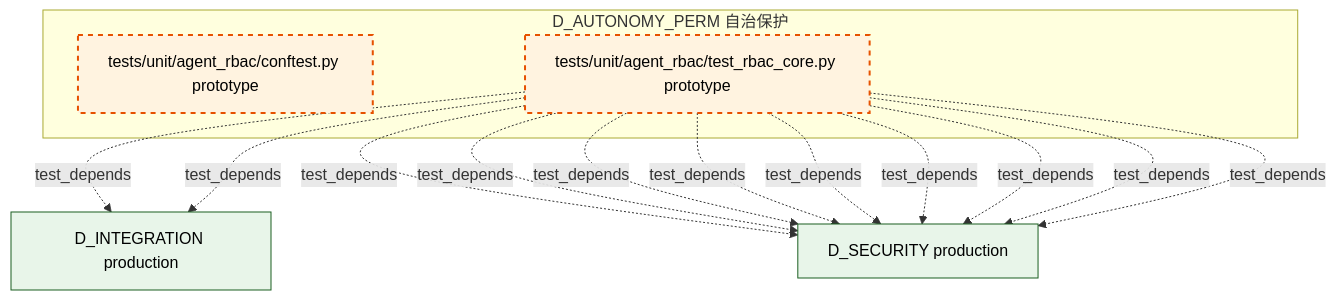
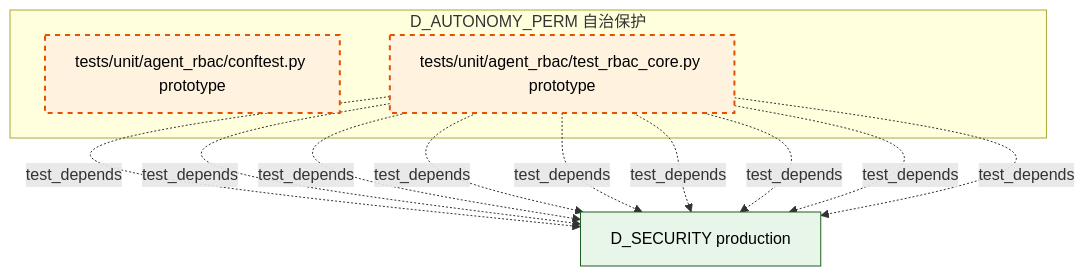
Before and after one commit to xuanFelixVan/ZephyrAlpha: the third of 3 diagrams in docs/02_enterprise_architecture/02_domain_architecture_docs/23_d_autonomy_perm.md, drawn with Mermaid. The commit also changed other lines of this file and 105 other files, not shown here.

````diff
--- a/docs/02_enterprise_architecture/02_domain_architecture_docs/23_d_autonomy_perm.md
+++ b/docs/02_enterprise_architecture/02_domain_architecture_docs/23_d_autonomy_perm.md
@@ -187,26 +187,23 @@
 ```mermaid
 graph TD
     subgraph D_AUTONOMY_PERM["D_AUTONOMY_PERM 自治保护"]
         tests_unit_agent_rbac_conftest_py["tests/unit/agent_rbac/conftest.py prototype"]
         tests_unit_agent_rbac_test_rbac_core_py["tests/unit/agent_rbac/test_rbac_core.py prototype"]
     end
-    D_INTEGRATION["D_INTEGRATION production"]
-    tests_unit_agent_rbac_test_rbac_core_py -.->|test_depends| D_INTEGRATION
-    tests_unit_agent_rbac_test_rbac_core_py -.->|test_depends| D_INTEGRATION
     D_SECURITY["D_SECURITY production"]
     tests_unit_agent_rbac_test_rbac_core_py -.->|test_depends| D_SECURITY
     tests_unit_agent_rbac_test_rbac_core_py -.->|test_depends| D_SECURITY
     tests_unit_agent_rbac_test_rbac_core_py -.->|test_depends| D_SECURITY
     tests_unit_agent_rbac_test_rbac_core_py -.->|test_depends| D_SECURITY
     tests_unit_agent_rbac_test_rbac_core_py -.->|test_depends| D_SECURITY
     tests_unit_agent_rbac_test_rbac_core_py -.->|test_depends| D_SECURITY
     tests_unit_agent_rbac_test_rbac_core_py -.->|test_depends| D_SECURITY
     tests_unit_agent_rbac_test_rbac_core_py -.->|test_depends| D_SECURITY
     tests_unit_agent_rbac_test_rbac_core_py -.->|test_depends| D_SECURITY
     classDef production fill:#e1f5fe,stroke:#01579b,stroke-width:2px,color:#000
     classDef design fill:#fff3e0,stroke:#e65100,stroke-width:2px,color:#000,stroke-dasharray: 5 5
     classDef external_prod fill:#e8f5e9,stroke:#1b5e20,stroke-width:1px,color:#000
     classDef external_design fill:#fce4ec,stroke:#880e4f,stroke-width:1px,color:#000,stroke-dasharray: 5 5
     class tests_unit_agent_rbac_conftest_py,tests_unit_agent_rbac_test_rbac_core_py design
-    class D_INTEGRATION,D_SECURITY external_prod
+    class D_SECURITY external_prod
 ```
````
